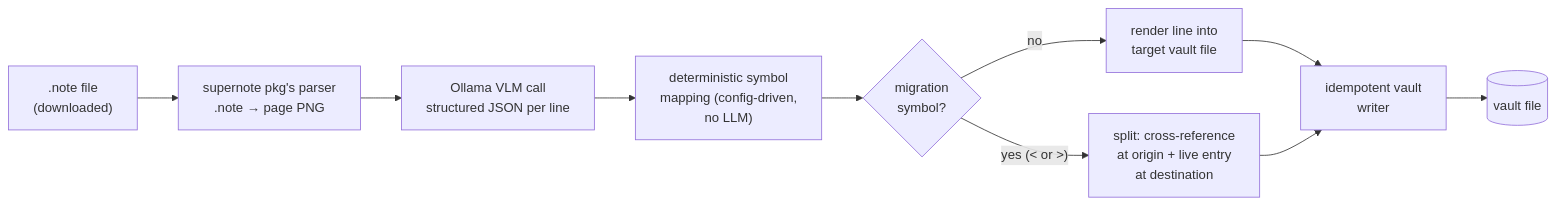
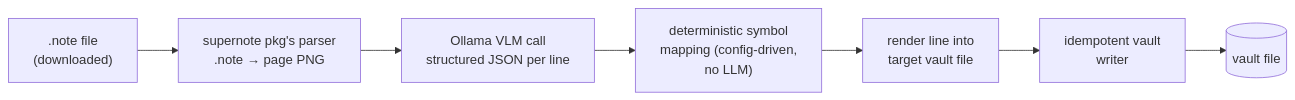
The third of 3 diagrams in README.md (mlh5599/lantern-pkms), drawn with Mermaid before and after one commit. The commit also changed other lines of this file and 4 other files, not shown here.

````diff
--- a/README.md
+++ b/README.md
@@ -77,12 +77,9 @@
 ```mermaid
 flowchart LR
     A[".note file<br/>(downloaded)"] --> B["supernote pkg's parser<br/>.note → page PNG"]
     B --> C["Ollama VLM call<br/>structured JSON per line"]
     C --> D["deterministic symbol<br/>mapping (config-driven,<br/>no LLM)"]
-    D --> E{"migration<br/>symbol?"}
-    E -- "no" --> F["render line into<br/>target vault file"]
-    E -- "yes (&lt; or &gt;)" --> G["split: cross-reference<br/>at origin + live entry<br/>at destination"]
+    D --> F["render line into<br/>target vault file"]
     F --> H["idempotent vault<br/>writer"]
-    G --> H
     H --> I[("vault file")]
 ```
````
